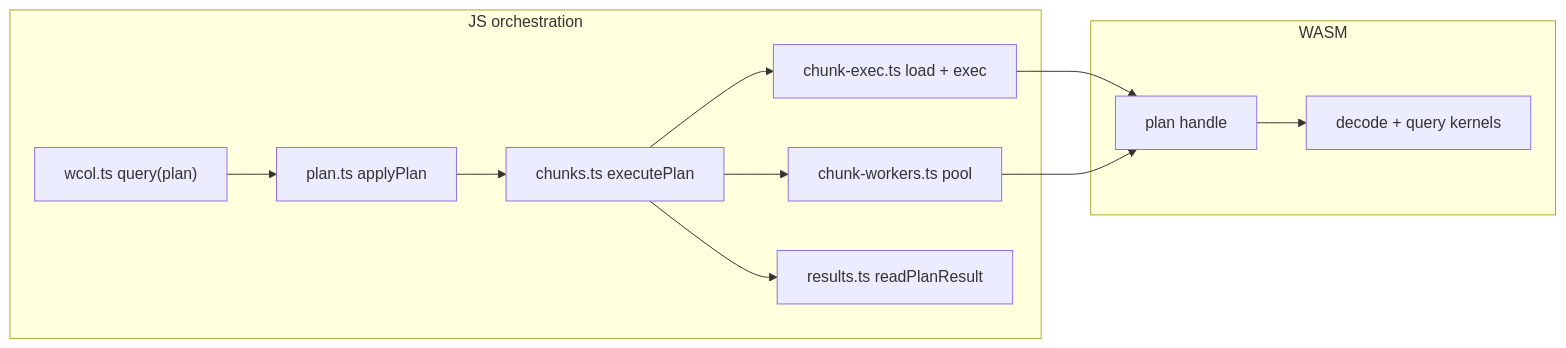
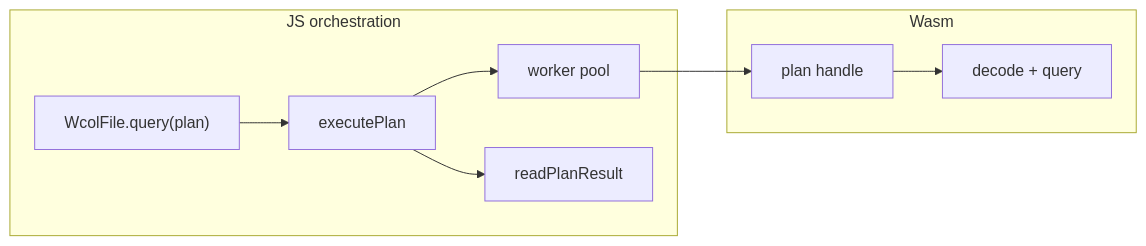
The diagram in docs/ARCHITECTURE.md (davidgtonge/wcol), drawn with Mermaid before and after one commit. The commit also changed other lines of this file and 143 other files, not shown here.

````diff
--- a/docs/ARCHITECTURE.md
+++ b/docs/ARCHITECTURE.md
@@ -19,22 +19,18 @@
 ```mermaid
 flowchart LR
   subgraph js [JS orchestration]
-    WcolFile["wcol.ts query(plan)"]
-    Plan["plan.ts applyPlan"]
-    Chunks["chunks.ts executePlan"]
-    Exec["chunk-exec.ts load + exec"]
-    Workers["chunk-workers.ts pool"]
-    Results["results.ts readPlanResult"]
+    WcolFile["WcolFile.query(plan)"]
+    Chunks["executePlan"]
+    Workers["worker pool"]
+    Results["readPlanResult"]
   end
-  subgraph wasm [WASM]
-    PlanH["plan handle"]
-    Decode["decode + query kernels"]
+  subgraph wasm [Wasm]
+    Plan["plan handle"]
+    Decode["decode + query"]
   end
-  WcolFile --> Plan --> Chunks
-  Chunks --> Exec
+  WcolFile --> Chunks
   Chunks --> Workers
-  Exec --> PlanH
-  Workers --> PlanH
-  PlanH --> Decode
+  Workers --> Plan
+  Plan --> Decode
   Chunks --> Results
 ```
````
